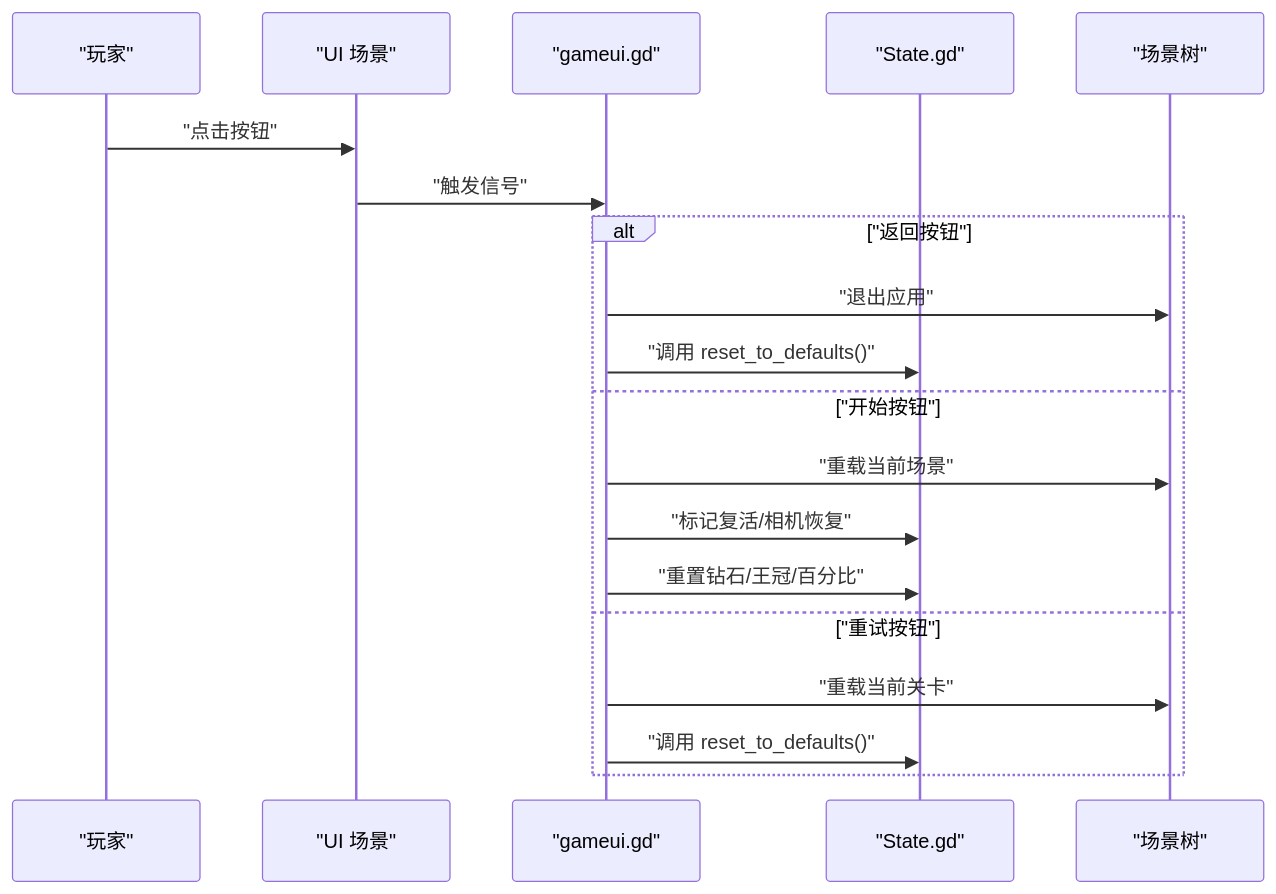
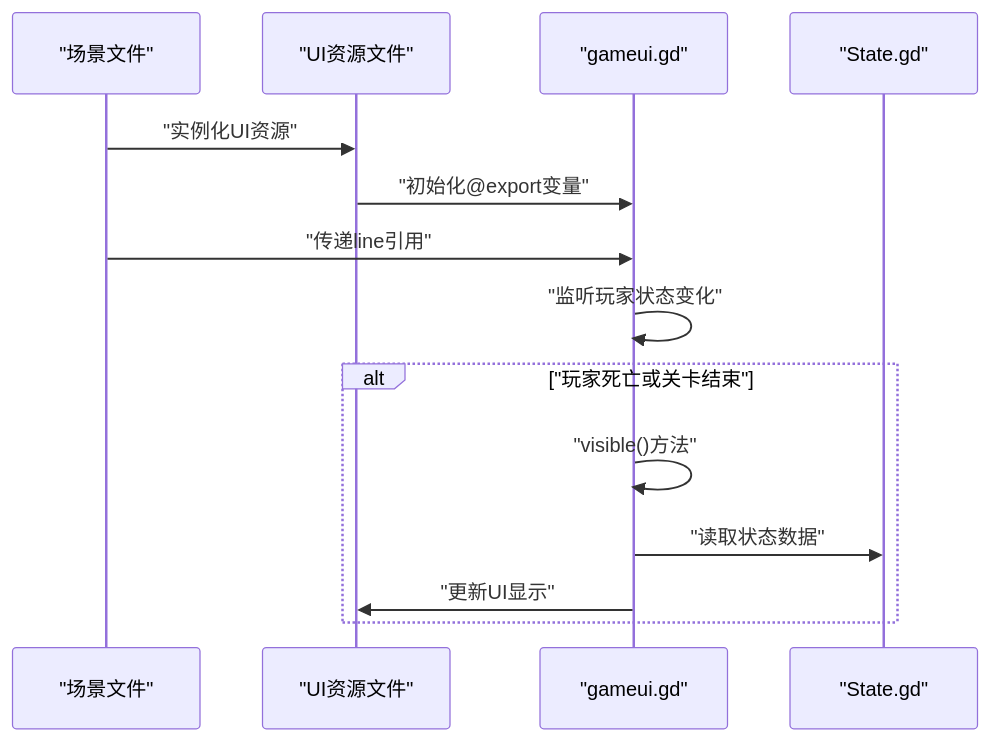
One commit to godotline/godot-line changed the third of 5 diagrams in .qoder/repowiki/zh/content/游戏系统/用户界面系统.md. Above: the diagram before and after it, drawn with Mermaid. The commit also changed other lines of this file and 17 other files, not shown here.

````diff
--- a/.qoder/repowiki/zh/content/游戏系统/用户界面系统.md
+++ b/.qoder/repowiki/zh/content/游戏系统/用户界面系统.md
@@ -136,21 +138,16 @@
 ```mermaid
 sequenceDiagram
-participant Player as "玩家"
-participant UI as "UI 场景"
+participant Scene as "场景文件"
+participant UI as "UI资源文件"
 participant Script as "gameui.gd"
 participant State as "State.gd"
-participant Tree as "场景树"
-Player->>UI : "点击按钮"
-UI->>Script : "触发信号"
-alt "返回按钮"
-Script->>Tree : "退出应用"
-Script->>State : "调用 reset_to_defaults()"
-else "开始按钮"
-Script->>Tree : "重载当前场景"
-Script->>State : "标记复活/相机恢复"
-Script->>State : "重置钻石/王冠/百分比"
-else "重试按钮"
-Script->>Tree : "重载当前关卡"
-Script->>State : "调用 reset_to_defaults()"
+Scene->>UI : "实例化UI资源"
+UI->>Script : "初始化@export变量"
+Scene->>Script : "传递line引用"
+Script->>Script : "监听玩家状态变化"
+alt "玩家死亡或关卡结束"
+Script->>Script : "visible()方法"
+Script->>State : "读取状态数据"
+Script->>UI : "更新UI显示"
 end
 ```
````
